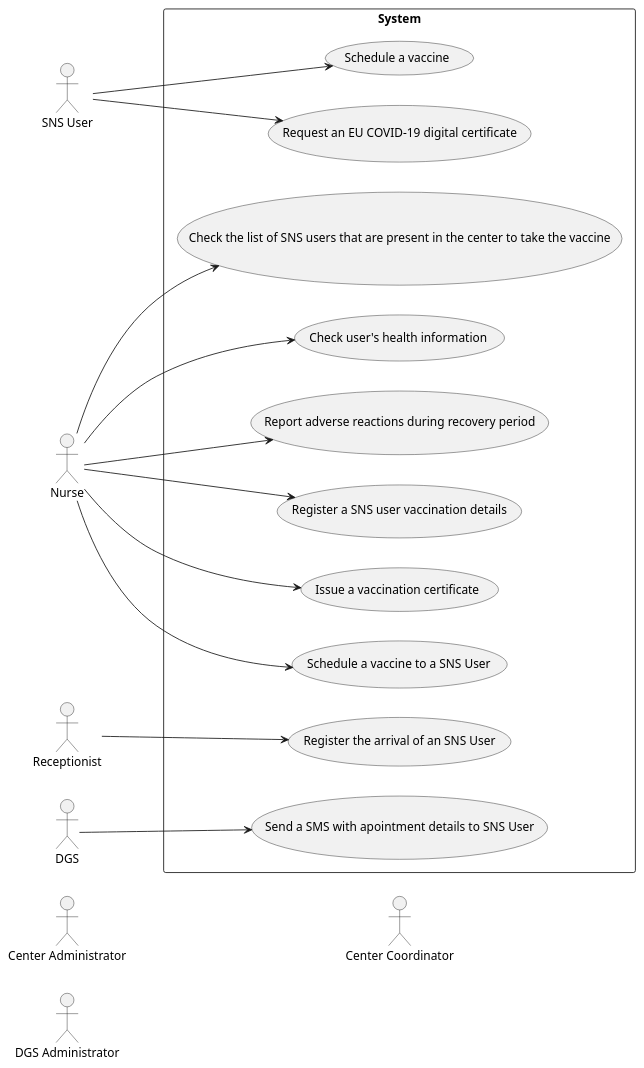
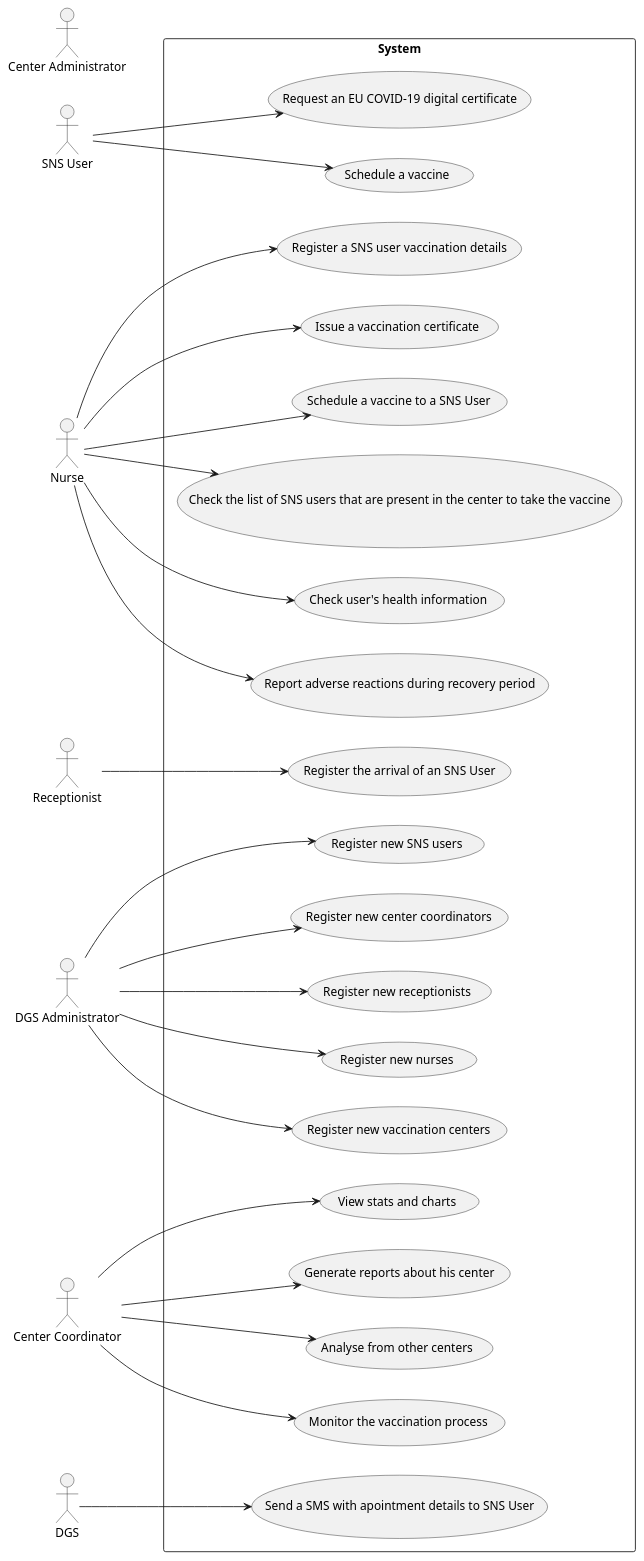
One commit to miseEnPlace-i/lapr2 changed the diagram in docs/SprintA/UCD.puml. Above: the diagram before and after it, drawn with PlantUML.

Commit message:
add use cases 11-19 (dgs admin & center coordinator)

```diff
--- a/docs/SprintA/UCD.puml
+++ b/docs/SprintA/UCD.puml
@@ -1,39 +1,56 @@
 @startuml UCD
 
 left to right direction
 
 actor "SNS User" as user
 actor "Nurse" as nurse
 actor "Receptionist" as recept
 actor "Center Administrator" as cadmin
 actor "DGS Administrator" as dgsadmin
 actor "Center Coordinator" as coordinator
 actor "DGS" as dgs
 
 rectangle System {
-  usecase "Register the arrival of an SNS User" as UC10
   usecase "Schedule a vaccine" as UC01
   usecase "Request an EU COVID-19 digital certificate" as UC02
   usecase "Send a SMS with apointment details to SNS User" as UC03
   usecase "Issue a vaccination certificate" as UC04
   usecase "Schedule a vaccine to a SNS User" as UC05
   usecase "Check the list of SNS users that are present in the center to take the vaccine" as UC06
   usecase "Check user's health information" as UC07
   usecase "Report adverse reactions during recovery period" as UC08
   usecase "Register a SNS user vaccination details" as UC09
-
+  usecase "Register the arrival of an SNS User" as UC10
+  usecase "Register new vaccination centers" as UC11
+  usecase "Register new SNS users" as UC12
+  usecase "Register new center coordinators" as UC13
+  usecase "Register new receptionists" as UC14
+  usecase "Register new nurses" as UC15
+  usecase "Monitor the vaccination process" as UC16
+  usecase "View stats and charts" as UC17
+  usecase "Generate reports about his center" as UC18
+  usecase "Analyse from other centers" as UC19
 }
 
 user --> UC01
 user --> UC02
 dgs --> UC03
 nurse --> UC04
 nurse --> UC05
 nurse --> UC06
 nurse --> UC07
 nurse --> UC08
 nurse --> UC09
 recept --> UC10
+dgsadmin --> UC11
+dgsadmin --> UC12
+dgsadmin --> UC13
+dgsadmin --> UC14
+dgsadmin --> UC15
+coordinator --> UC16
+coordinator --> UC17
+coordinator --> UC18
+coordinator --> UC19
 
 
 @enduml
```
